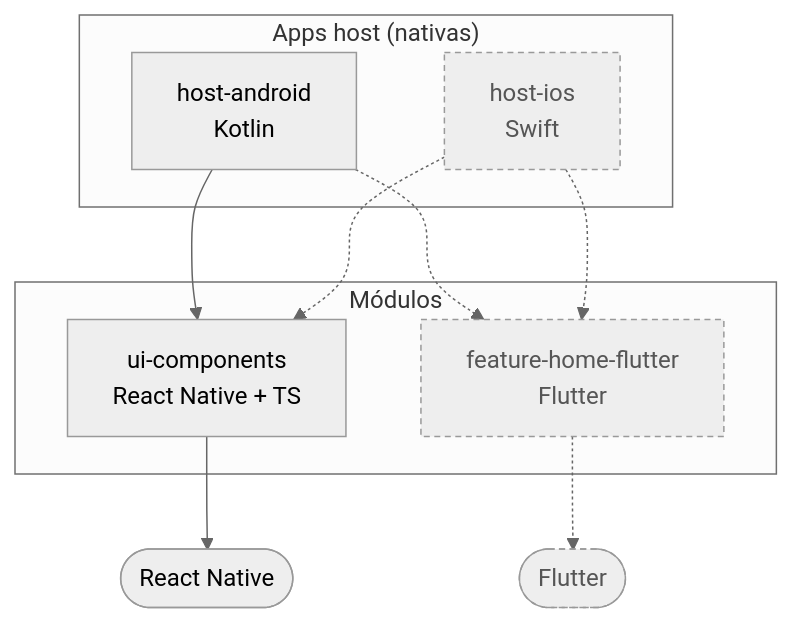
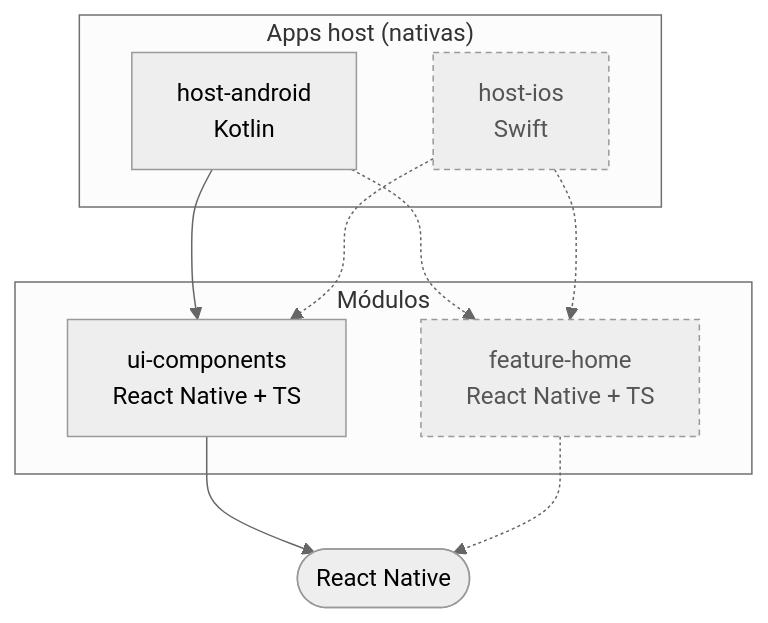
The diagram in docs/diagrams/arquitectura.md (daniel190392/MyBasket), drawn with Mermaid (neutral theme) before and after one commit. The commit also changed 32 other files, not shown here.

Commit message:
Added the feature-home module

````diff
--- a/docs/diagrams/arquitectura.md
+++ b/docs/diagrams/arquitectura.md
@@ -6,25 +6,24 @@
 ```mermaid
 flowchart TD
     subgraph Apps["Apps host (nativas)"]
         Android["host-android<br/>Kotlin"]
         iOS["host-ios<br/>Swift"]:::planned
     end
 
     subgraph Modules["Módulos"]
         UI["ui-components<br/>React Native + TS"]
-        Home["feature-home-flutter<br/>Flutter"]:::planned
+        Home["feature-home<br/>React Native + TS"]:::planned
     end
 
     RN(["React Native"])
-    Flutter(["Flutter"]):::planned
 
     Android --> UI
     Android -.-> Home
     iOS -.-> UI
     iOS -.-> Home
 
     UI --> RN
-    Home -.-> Flutter
+    Home -.-> RN
 
     classDef planned fill:#eee,stroke:#999,stroke-dasharray: 4 3,color:#555
 ```
````
